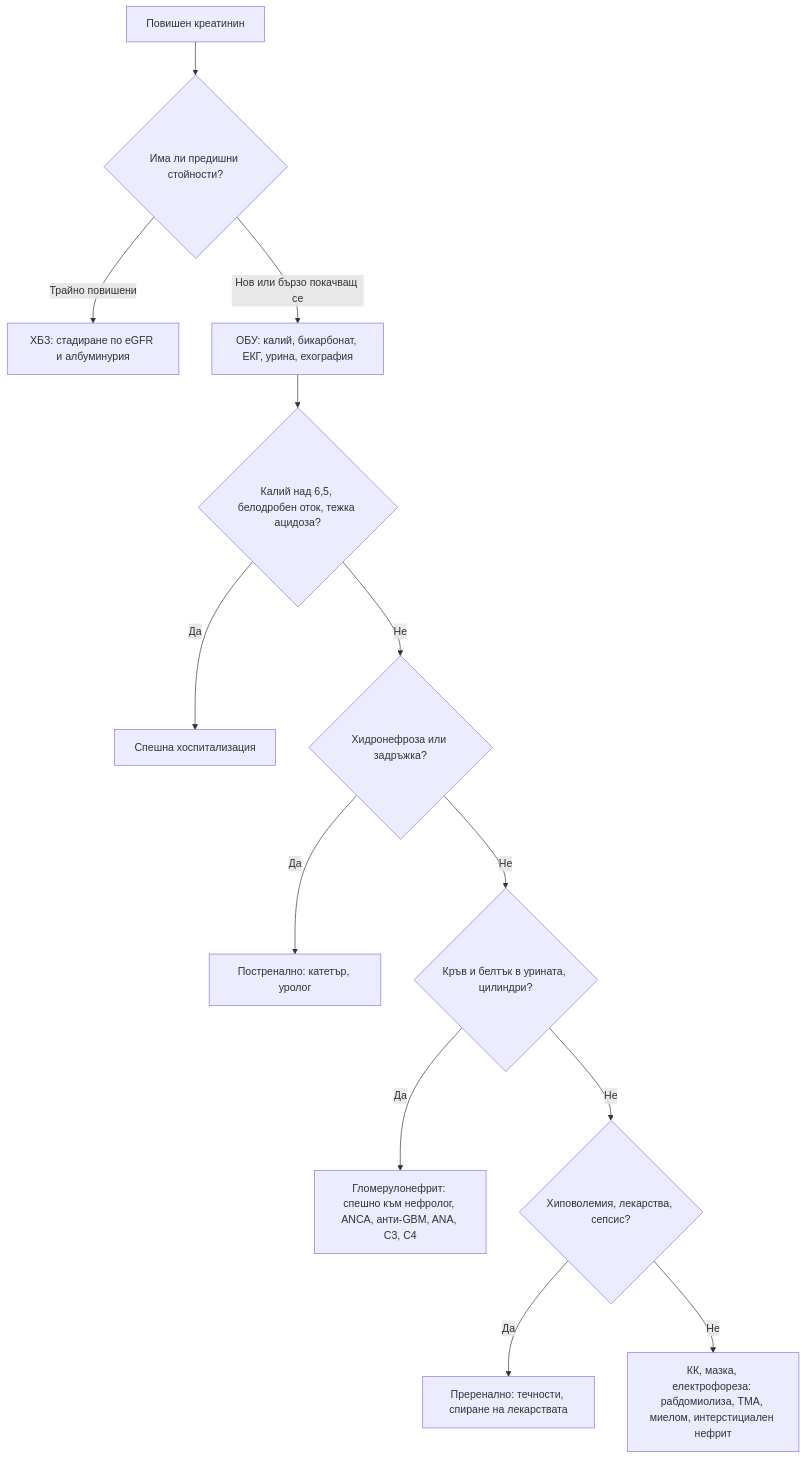
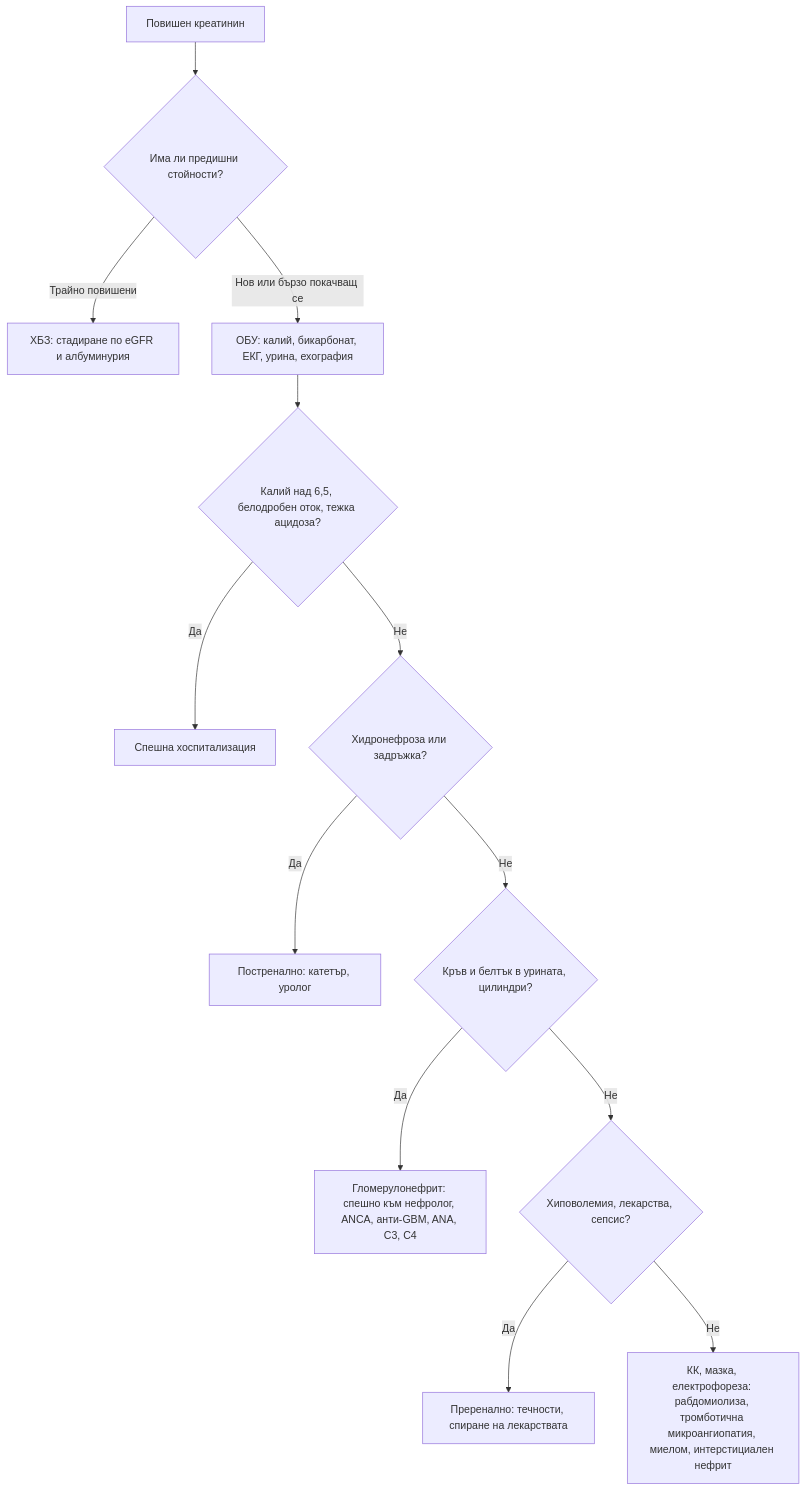
The diagram in glavi/29-babrechno-uvrezhdane.md (yancho26/yancho), drawn with Mermaid before and after one commit. The commit also changed other lines of this file and 46 other files, not shown here.

````diff
--- a/glavi/29-babrechno-uvrezhdane.md
+++ b/glavi/29-babrechno-uvrezhdane.md
@@ -155,15 +155,15 @@
 ```mermaid
 flowchart TD
     A["Повишен креатинин"] --> B{"Има ли предишни стойности?"}
     B -->|Трайно повишени| C["ХБЗ: стадиране по eGFR и албуминурия"]
     B -->|Нов или бързо покачващ се| D["ОБУ: калий, бикарбонат, ЕКГ, урина, ехография"]
     D --> E{"Калий над 6,5, белодробен оток, тежка ацидоза?"}
     E -->|Да| F["Спешна хоспитализация"]
     E -->|Не| G{"Хидронефроза или задръжка?"}
     G -->|Да| H["Постренално: катетър, уролог"]
     G -->|Не| I{"Кръв и белтък в урината, цилиндри?"}
     I -->|Да| J["Гломерулонефрит: спешно към нефролог, ANCA, анти-GBM, ANA, C3, C4"]
     I -->|Не| K{"Хиповолемия, лекарства, сепсис?"}
     K -->|Да| L["Преренално: течности, спиране на лекарствата"]
-    K -->|Не| M["КК, мазка, електрофореза: рабдомиолиза, ТМА, миелом, интерстициален нефрит"]
+    K -->|Не| M["КК, мазка, електрофореза: рабдомиолиза, тромботична микроангиопатия, миелом, интерстициален нефрит"]
 ```
````
